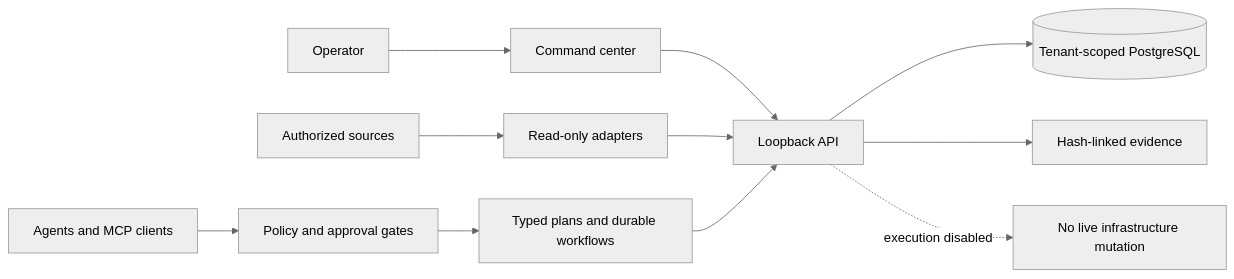
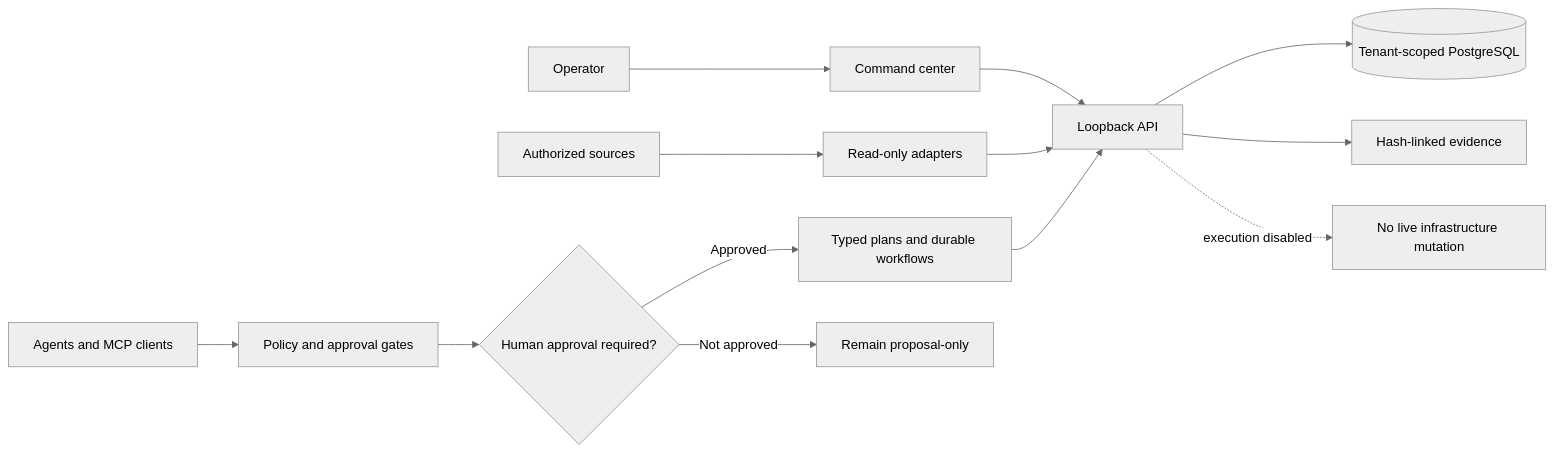
The first of 3 diagrams in README.md (AAH20/agentic-iot-command), drawn with Mermaid (neutral theme) before and after one commit. The commit also changed other lines of this file, not shown here.

Commit message:
Polish README status, architecture, and demo assets

````diff
--- a/README.md
+++ b/README.md
@@ -18,13 +18,15 @@
 ```mermaid
 flowchart LR
   OP[Operator] --> UI[Command center]
   UI --> API[Loopback API]
   SRC[Authorized sources] --> ADAPTER[Read-only adapters]
   ADAPTER --> API
   API --> DB[(Tenant-scoped PostgreSQL)]
   AG[Agents and MCP clients] --> POLICY[Policy and approval gates]
-  POLICY --> PLAN[Typed plans and durable workflows]
+  POLICY --> HUMAN{Human approval required?}
+  HUMAN -->|Approved| PLAN[Typed plans and durable workflows]
+  HUMAN -->|Not approved| PROPOSAL[Remain proposal-only]
   PLAN --> API
   API --> EVID[Hash-linked evidence]
   API -. execution disabled .-> DENY[No live infrastructure mutation]
 ```
````
